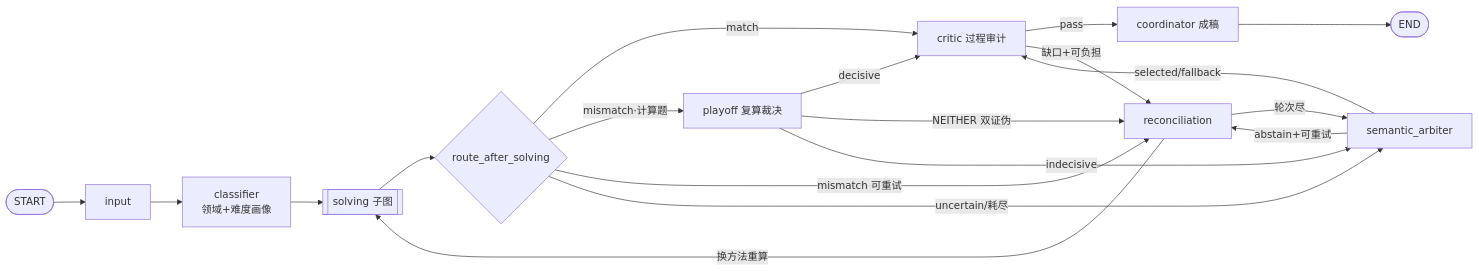
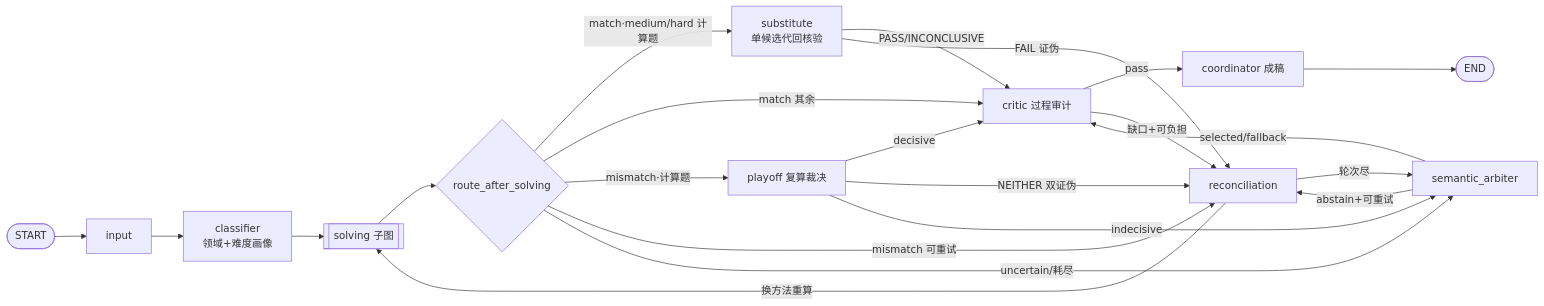
Before and after one commit to zby0316/math_competition_agent: the first of 2 diagrams in README.md, drawn with Mermaid. The commit also changed other lines of this file and 58 other files, not shown here.

````diff
--- a/README.md
+++ b/README.md
@@ -42,20 +44,23 @@
 ```mermaid
 flowchart LR
     Start([START]) --> Input[input] --> Classifier[classifier<br/>领域+难度画像]
     Classifier --> Solving[[solving 子图]]
     Solving --> Route{route_after_solving}
-    Route -->|match| Critic[critic 过程审计]
+    Route -->|match·medium/hard 计算题| Substitute[substitute<br/>单候选代回核验]
+    Route -->|match 其余| Critic[critic 过程审计]
     Route -->|mismatch·计算题| Playoff[playoff 复算裁决]
     Route -->|mismatch 可重试| Reconciliation[reconciliation]
     Route -->|uncertain/耗尽| Arbiter[semantic_arbiter]
+    Substitute -->|PASS/INCONCLUSIVE| Critic
+    Substitute -->|FAIL 证伪| Reconciliation
     Playoff -->|decisive| Critic
     Playoff -->|NEITHER 双证伪| Reconciliation
     Playoff -->|indecisive| Arbiter
     Reconciliation -->|换方法重算| Solving
     Reconciliation -->|轮次尽| Arbiter
     Arbiter -->|selected/fallback| Critic
     Arbiter -->|abstain+可重试| Reconciliation
     Critic -->|pass| Coordinator[coordinator 成稿]
     Critic -->|缺口+可负担| Reconciliation
     Coordinator --> End([END])
 ```
````
